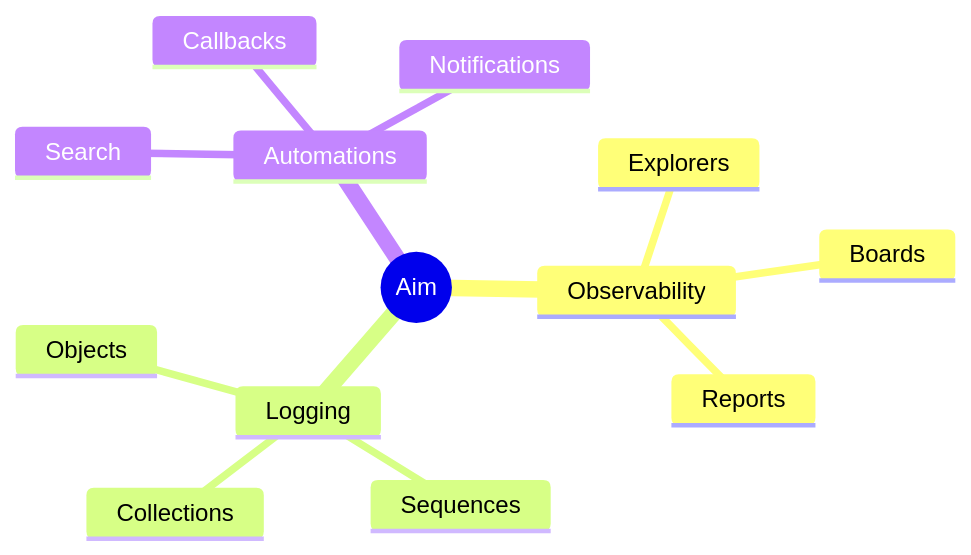
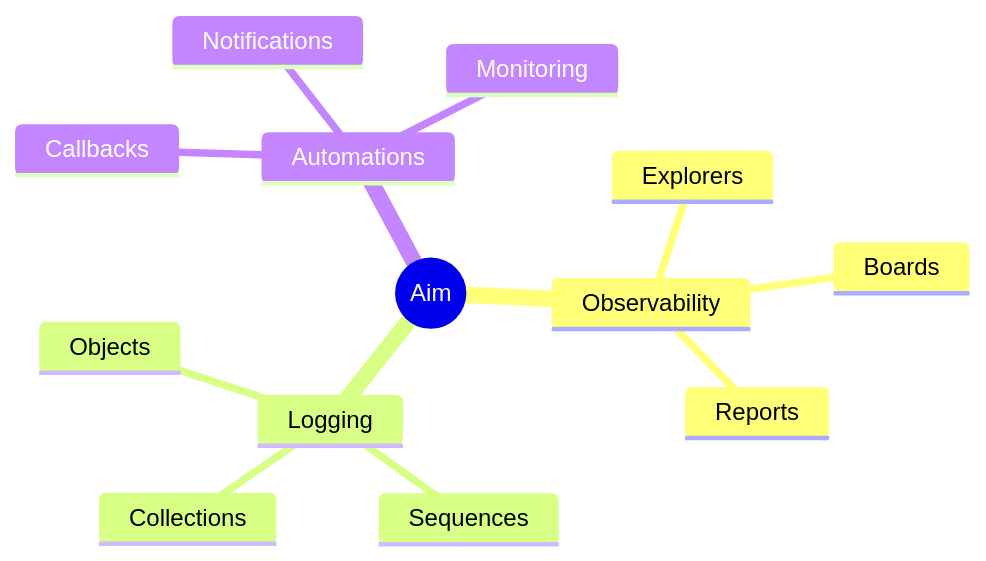
One commit to aimhubio/aim changed the first of 2 diagrams in docs_v4/source/index.rst. Above: the diagram before and after it, drawn with Mermaid. The commit also changed other lines of this file and 12 other files, not shown here.

```diff
--- a/docs_v4/source/index.rst
+++ b/docs_v4/source/index.rst
@@ -14,16 +13,16 @@
 .. mermaid::
 
   mindmap
     root((Aim))
       Observability
         Explorers
         Boards
         Reports
       Logging
         Objects
         Sequences
         Collections
       Automations
-        Search
         Callbacks
         Notifications
+        Monitoring
```
